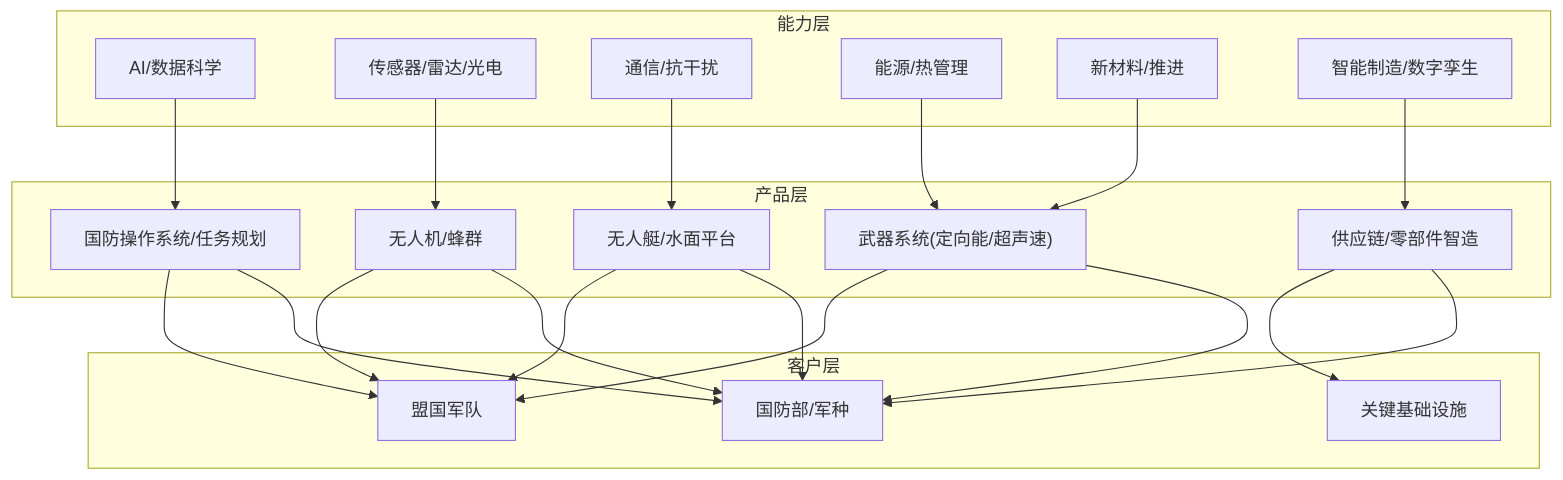
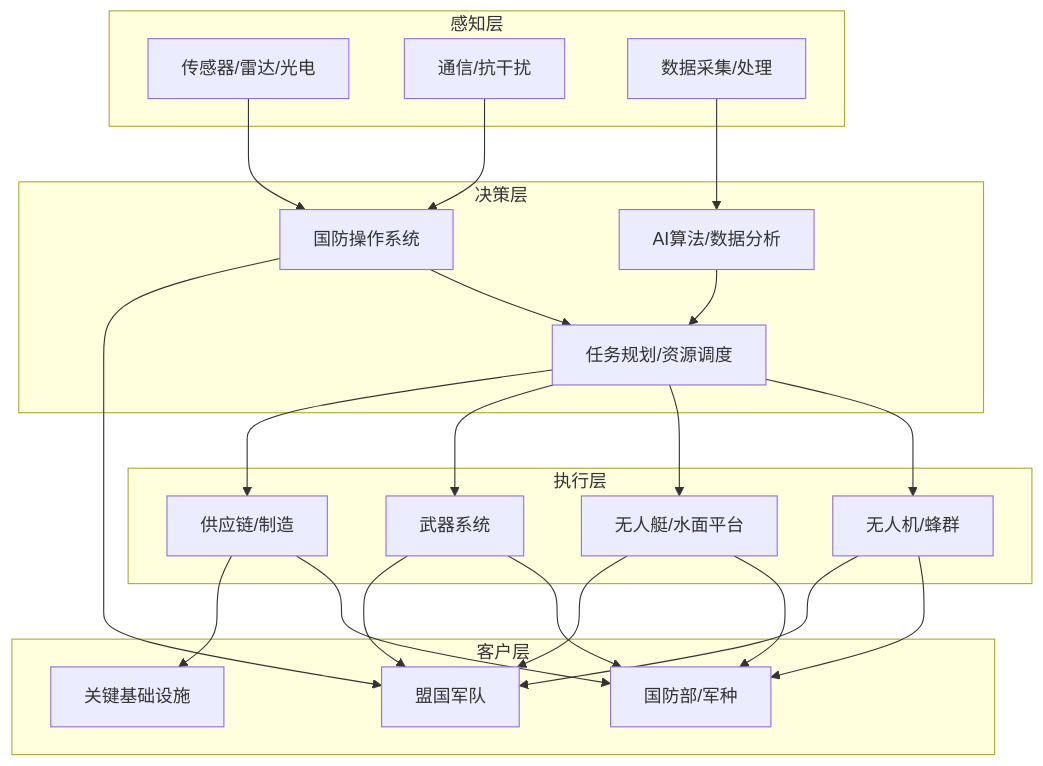
Before and after one commit to allengaller/awesome-startups: the diagram in .qoder/repowiki/zh/content/国防科技.md, drawn with Mermaid. The commit also changed other lines of this file and 20 other files, not shown here.

````diff
--- a/.qoder/repowiki/zh/content/国防科技.md
+++ b/.qoder/repowiki/zh/content/国防科技.md
@@ -64,39 +60,42 @@
 ```mermaid
 graph TB
-subgraph "能力层"
-AI["AI/数据科学"]
+subgraph "感知层"
 SENS["传感器/雷达/光电"]
 COMM["通信/抗干扰"]
-EN["能源/热管理"]
-MAT["新材料/推进"]
-MFG["智能制造/数字孪生"]
+DATA["数据采集/处理"]
 end
-subgraph "产品层"
-UUV["无人艇/水面平台"]
-UAV["无人机/蜂群"]
-OS["国防操作系统/任务规划"]
-WS["武器系统(定向能/超声速)"]
-SUP["供应链/零部件智造"]
+subgraph "决策层"
+OS["国防操作系统"]
+AI["AI算法/数据分析"]
+PLAN["任务规划/资源调度"]
+end
+subgraph "执行层"
+UAS["无人机/蜂群"]
+USV["无人艇/水面平台"]
+WEAP["武器系统"]
+SUP["供应链/制造"]
 end
 subgraph "客户层"
 DOD["国防部/军种"]
 ALLIES["盟国军队"]
 INFRA["关键基础设施"]
 end
-AI --> OS
-SENS --> UAV
-COMM --> UUV
-EN --> WS
-MAT --> WS
-MFG --> SUP
-OS --> DOD
-UAV --> DOD
-UUV --> DOD
-WS --> DOD
+SENS --> OS
+COMM --> OS
+DATA --> AI
+OS --> PLAN
+AI --> PLAN
+PLAN --> UAS
+PLAN --> USV
+PLAN --> WEAP
+PLAN --> SUP
+UAS --> DOD
+USV --> DOD
+WEAP --> DOD
 SUP --> DOD
 OS --> ALLIES
-UAV --> ALLIES
-UUV --> ALLIES
-WS --> ALLIES
+UAS --> ALLIES
+USV --> ALLIES
+WEAP --> ALLIES
 SUP --> INFRA
 ```
````
